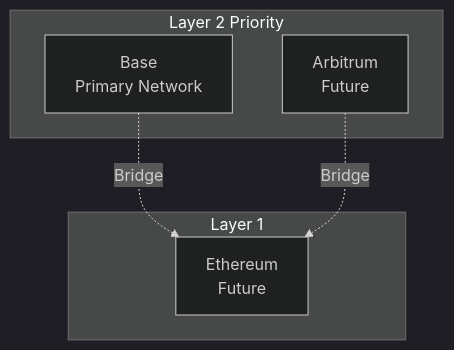
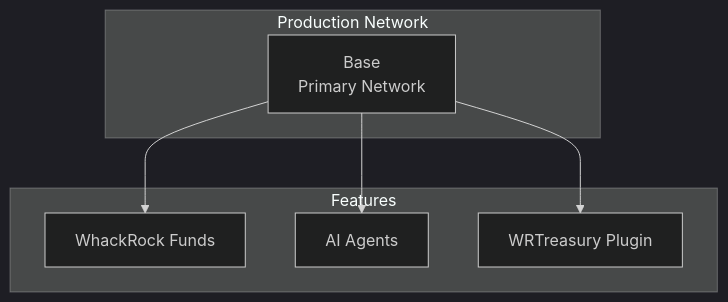
The fourth of 6 diagrams in protocol/architecture.md (WhackRock/docs), drawn with Mermaid (dark theme) before and after one commit. The commit also changed other lines of this file and 5 other files, not shown here.

````diff
--- a/protocol/architecture.md
+++ b/protocol/architecture.md
@@ -209,14 +209,16 @@
 ```mermaid
 graph TB
-    subgraph "Layer 2 Priority"
+    subgraph "Production Network"
         BASE[Base<br/>Primary Network]
-        ARB[Arbitrum<br/>Future]
     end
     
-    subgraph "Layer 1"
-        ETH[Ethereum<br/>Future]
+    subgraph "Features"
+        FUNDS[WhackRock Funds]
+        AGENTS[AI Agents]
+        PLUGIN[WRTreasury Plugin]
     end
     
-    BASE -.->|Bridge| ETH
-    ARB -.->|Bridge| ETH
+    BASE --> FUNDS
+    BASE --> AGENTS
+    BASE --> PLUGIN
 ```
````
